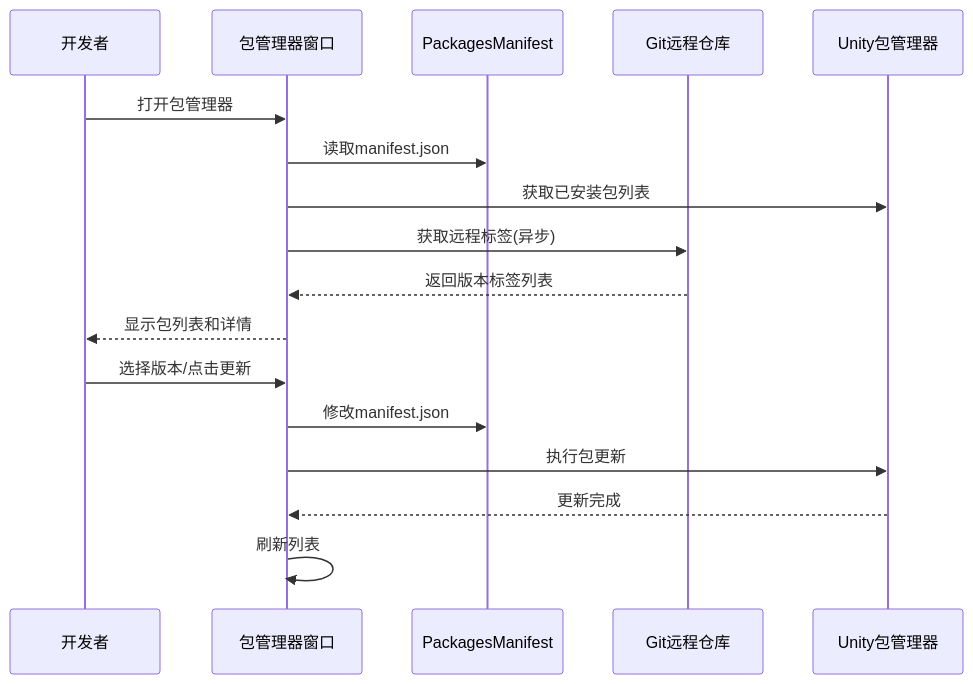
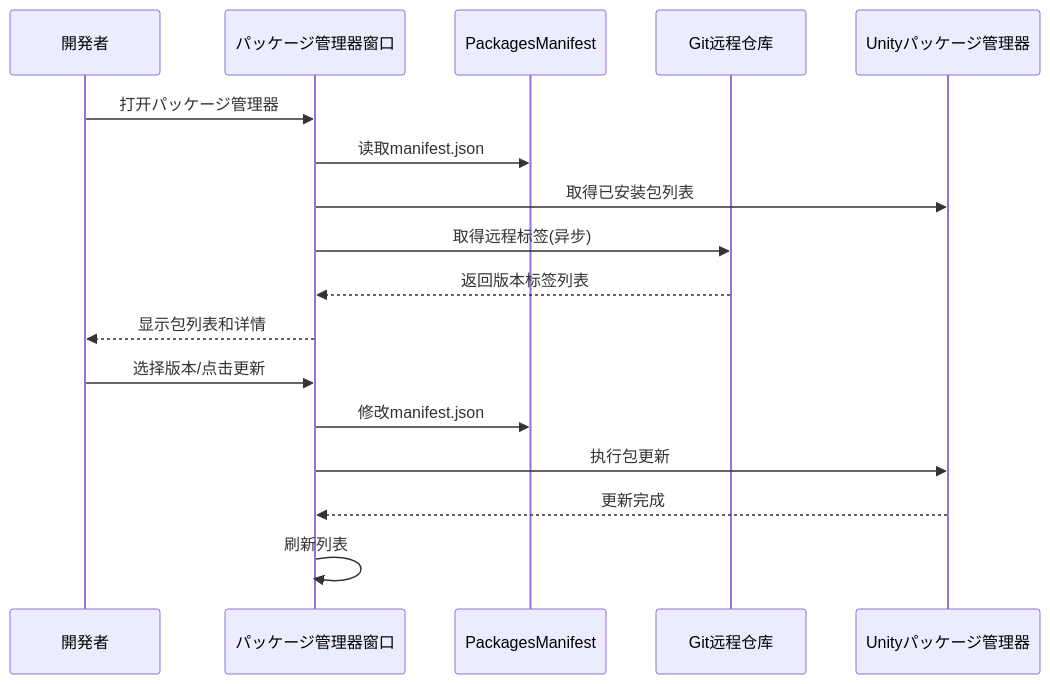
Before and after one commit to AlianBlank/GameFrameX.Docs: the second of 2 diagrams in docs/ja/client/unity/component/core/12.package-management.md, drawn with Mermaid. The commit also changed other lines of this file and 603 other files, not shown here.

````diff
--- a/docs/ja/client/unity/component/core/12.package-management.md
+++ b/docs/ja/client/unity/component/core/12.package-management.md
@@ -200,21 +200,21 @@
 ```mermaid
 sequenceDiagram
-    participant User as 开发者
-    participant Window as 包管理器窗口
+    participant User as 開発者
+    participant Window as パッケージ管理器窗口
     participant Manifest as PackagesManifest
     participant Git as Git远程仓库
-    participant Unity as Unity包管理器
+    participant Unity as Unityパッケージ管理器
 
-    User->>Window: 打开包管理器
+    User->>Window: 打开パッケージ管理器
     Window->>Manifest: 读取manifest.json
-    Window->>Unity: 获取已安装包列表
-    Window->>Git: 获取远程标签(异步)
+    Window->>Unity: 取得已安装包列表
+    Window->>Git: 取得远程标签(异步)
     Git-->>Window: 返回版本标签列表
     Window-->>User: 显示包列表和详情
     
     User->>Window: 选择版本/点击更新
     Window->>Manifest: 修改manifest.json
     Window->>Unity: 执行包更新
     Unity-->>Window: 更新完成
     Window->>Window: 刷新列表
 ```
````
